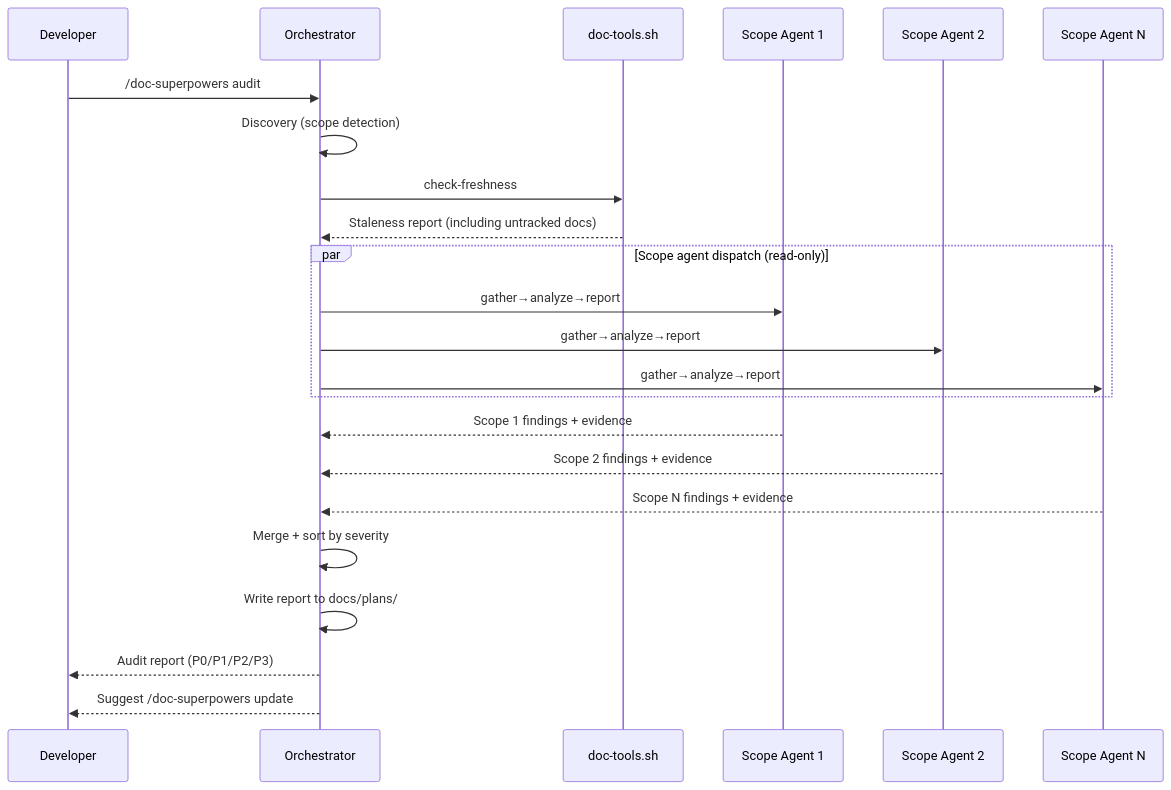
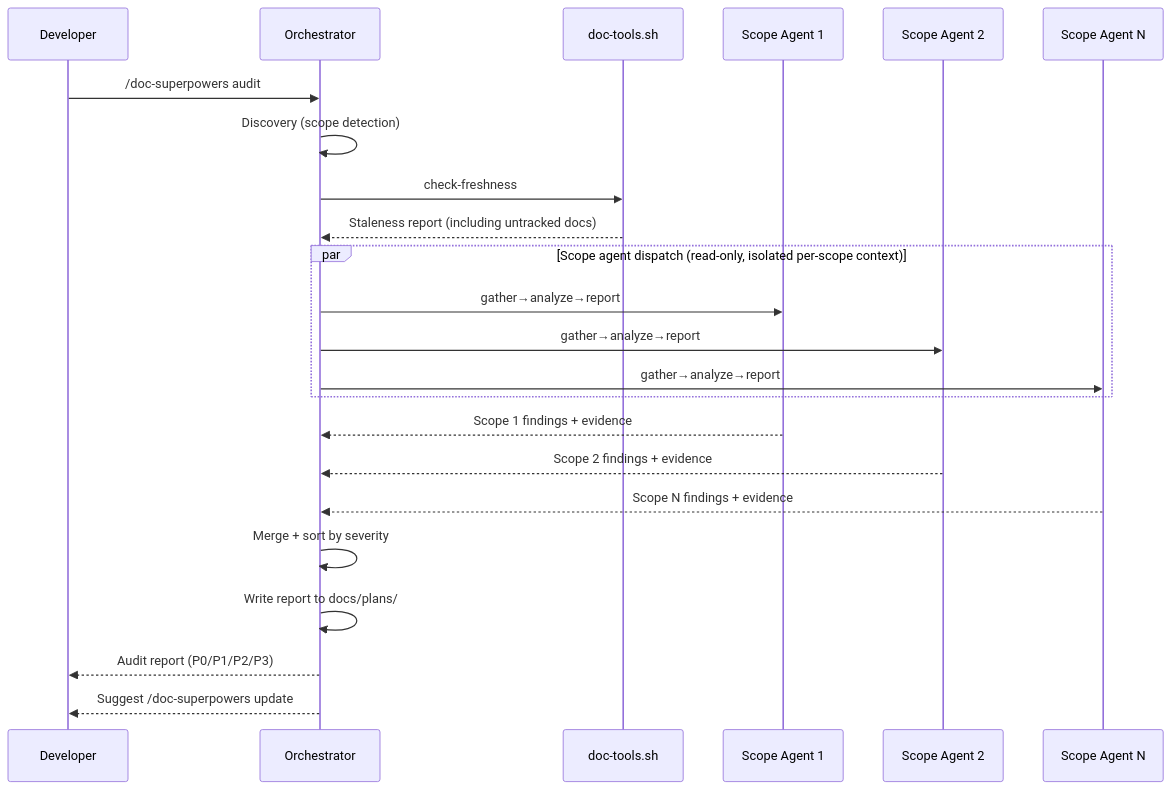
Before and after one commit to woodrowpearson/doc-superpowers: the fourth of 10 diagrams in docs/workflows/doc-superpowers.md, drawn with Mermaid. The commit also changed other lines of this file and 14 other files, not shown here.

````diff
--- a/docs/workflows/doc-superpowers.md
+++ b/docs/workflows/doc-superpowers.md
@@ -218,28 +218,28 @@
 ```mermaid
 sequenceDiagram
   participant U as Developer
   participant O as Orchestrator
   participant DT as doc-tools.sh
   participant A1 as Scope Agent 1
   participant A2 as Scope Agent 2
   participant AN as Scope Agent N
 
   U->>O: /doc-superpowers audit
   O->>O: Discovery (scope detection)
   O->>DT: check-freshness
   DT-->>O: Staleness report (including untracked docs)
 
-  par Scope agent dispatch (read-only)
+  par Scope agent dispatch (read-only, isolated per-scope context)
     O->>A1: gather→analyze→report
     O->>A2: gather→analyze→report
     O->>AN: gather→analyze→report
   end
   A1-->>O: Scope 1 findings + evidence
   A2-->>O: Scope 2 findings + evidence
   AN-->>O: Scope N findings + evidence
 
   O->>O: Merge + sort by severity
   O->>O: Write report to docs/plans/
   O-->>U: Audit report (P0/P1/P2/P3)
   O-->>U: Suggest /doc-superpowers update
 ```
````
